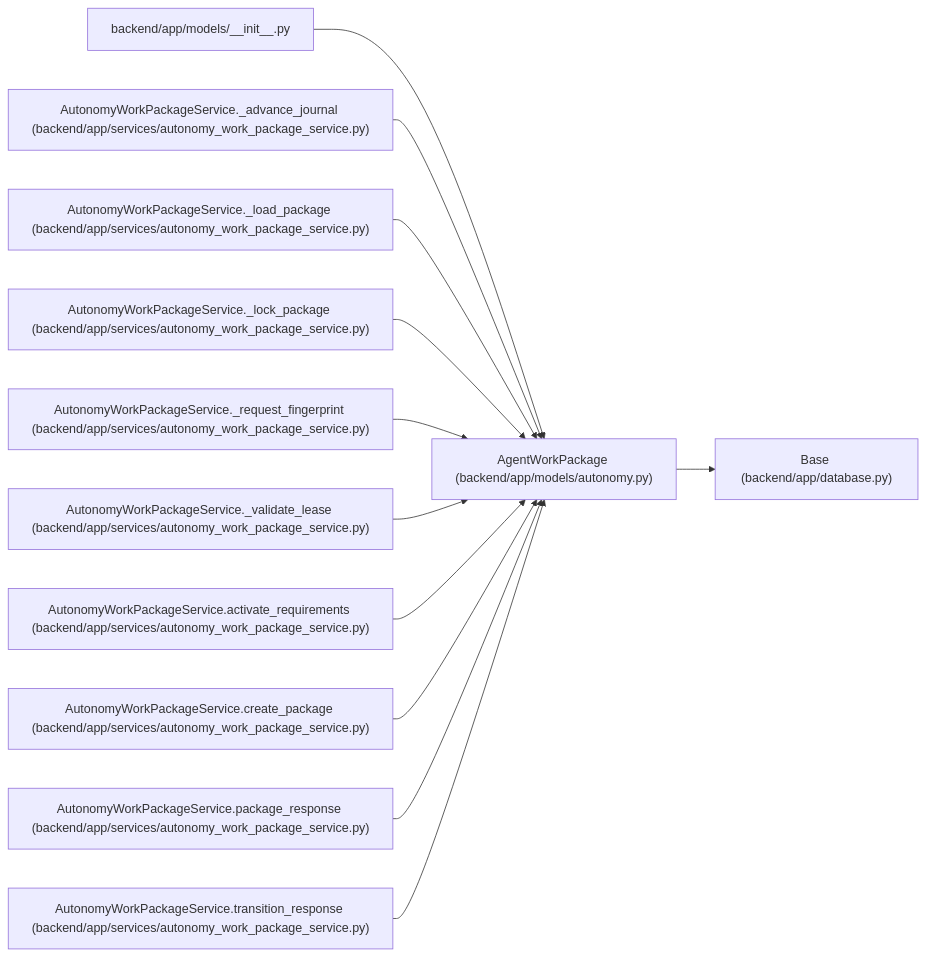
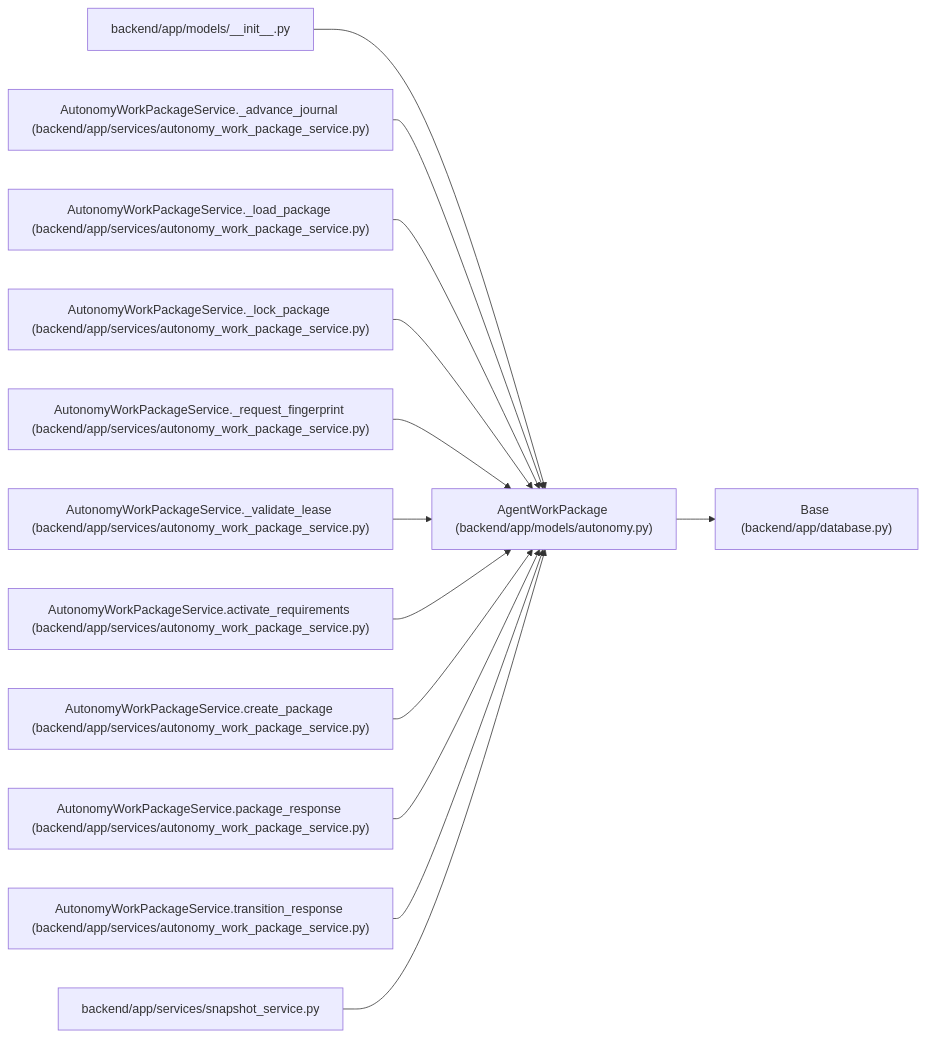
The diagram in docs/llm_wiki/entities/AgentWorkPackage.md (Denissvgn/WorkChord), drawn with Mermaid before and after one commit. The commit also changed other lines of this file and 25171 other files, not shown here.

````diff
--- a/docs/llm_wiki/entities/AgentWorkPackage.md
+++ b/docs/llm_wiki/entities/AgentWorkPackage.md
@@ -45,38 +45,41 @@
 ```mermaid
 flowchart LR
     n0["AgentWorkPackage (backend/app/models/autonomy.py)"]
     n1["Base (backend/app/database.py)"]
     n2["backend/app/models/__init__.py"]
     n3["AutonomyWorkPackageService._advance_journal (backend/app/services/autonomy_work_package_service.py)"]
     n4["AutonomyWorkPackageService._load_package (backend/app/services/autonomy_work_package_service.py)"]
     n5["AutonomyWorkPackageService._lock_package (backend/app/services/autonomy_work_package_service.py)"]
     n6["AutonomyWorkPackageService._request_fingerprint (backend/app/services/autonomy_work_package_service.py)"]
     n7["AutonomyWorkPackageService._validate_lease (backend/app/services/autonomy_work_package_service.py)"]
     n8["AutonomyWorkPackageService.activate_requirements (backend/app/services/autonomy_work_package_service.py)"]
     n9["AutonomyWorkPackageService.create_package (backend/app/services/autonomy_work_package_service.py)"]
     n10["AutonomyWorkPackageService.package_response (backend/app/services/autonomy_work_package_service.py)"]
     n11["AutonomyWorkPackageService.transition_response (backend/app/services/autonomy_work_package_service.py)"]
+    n12["backend/app/services/snapshot_service.py"]
     n0 --> n1
     n2 --> n0
     n3 --> n0
     n4 --> n0
     n5 --> n0
     n6 --> n0
     n7 --> n0
     n8 --> n0
     n9 --> n0
     n10 --> n0
     n11 --> n0
+    n12 --> n0
     click n0 "../modules/models_autonomy.md"
     click n1 "../modules/app_database.md"
     click n2 "../modules/models___init__.md"
     click n3 "../modules/autonomy_work_package_service.md"
     click n4 "../modules/autonomy_work_package_service.md"
     click n5 "../modules/autonomy_work_package_service.md"
     click n6 "../modules/autonomy_work_package_service.md"
     click n7 "../modules/autonomy_work_package_service.md"
     click n8 "../modules/autonomy_work_package_service.md"
     click n9 "../modules/autonomy_work_package_service.md"
     click n10 "../modules/autonomy_work_package_service.md"
     click n11 "../modules/autonomy_work_package_service.md"
+    click n12 "../modules/snapshot_service.md"
 ```
````
